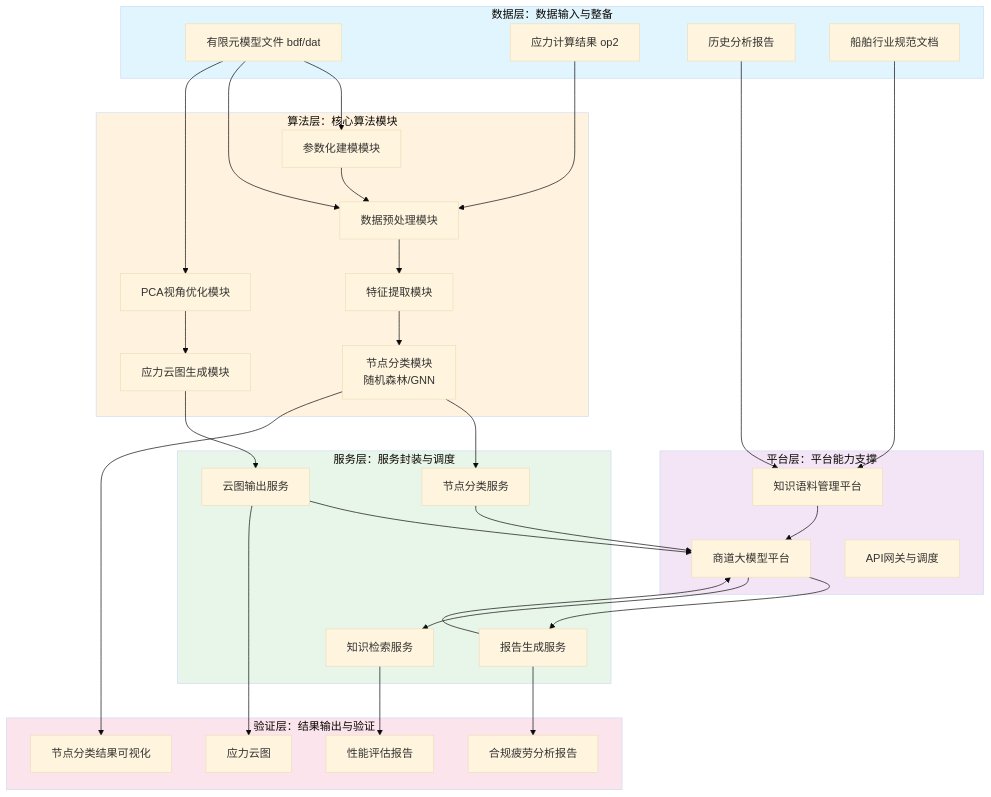
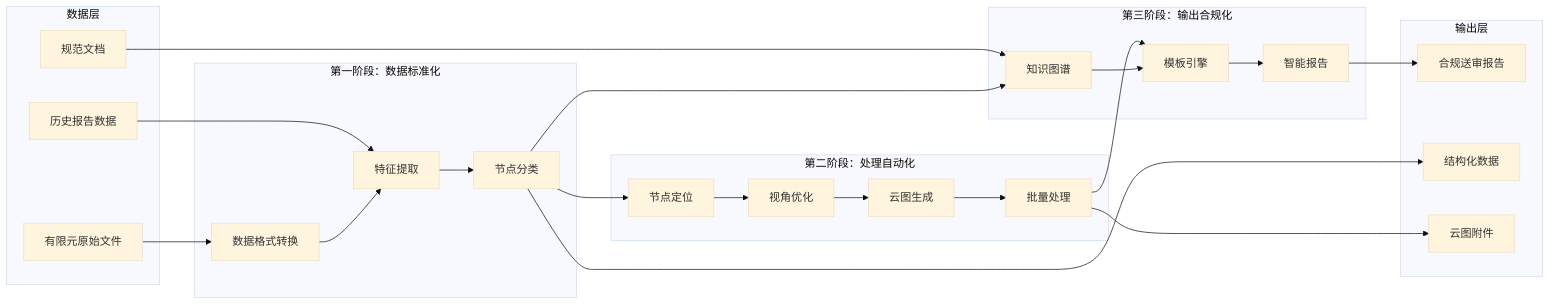
Before and after one commit to ffgzz/official-doc-skills: the diagram in generated-drafts/zs-test/ch04-项目建设方案/05-技术路线.md, drawn with Mermaid (base theme). The commit also changed other lines of this file and 53 other files, not shown here.

````diff
--- a/generated-drafts/zs-test/ch04-项目建设方案/05-技术路线.md
+++ b/generated-drafts/zs-test/ch04-项目建设方案/05-技术路线.md
@@ -11,67 +19,50 @@
 ```mermaid
-graph TB
-    subgraph 数据输入["数据层：数据输入与整备"]
-        D1[有限元模型文件 bdf/dat]
-        D2[应力计算结果 op2]
-        D3[历史分析报告]
-        D4[船舶行业规范文档]
+flowchart LR
+    subgraph 数据层["数据层"]
+        D1[有限元原始文件]
+        D2[历史报告数据]
+        D3[规范文档]
     end
     
-    subgraph 算法核心["算法层：核心算法模块"]
-        A1[参数化建模模块]
-        A2[数据预处理模块]
-        A3[特征提取模块]
-        A4[节点分类模块<br/>随机森林/GNN]
-        A5[PCA视角优化模块]
-        A6[应力云图生成模块]
+    subgraph 标准化["第一阶段：数据标准化"]
+        P1[数据格式转换]
+        P2[特征提取]
+        P3[节点分类]
     end
     
-    subgraph 服务封装["服务层：服务封装与调度"]
-        S1[节点分类服务]
-        S2[云图输出服务]
-        S3[报告生成服务]
-        S4[知识检索服务]
+    subgraph 自动化["第二阶段：处理自动化"]
+        P4[节点定位]
+        P5[视角优化]
+        P6[云图生成]
+        P7[批量处理]
     end
     
-    subgraph 平台支撑["平台层：平台能力支撑"]
-        P1[商道大模型平台]
-        P2[知识语料管理平台]
-        P3[API网关与调度]
+    subgraph 合规化["第三阶段：输出合规化"]
+        P8[知识图谱]
+        P9[模板引擎]
+        P10[智能报告]
     end
     
-    subgraph 输出验证["验证层：结果输出与验证"]
-        O1[合规疲劳分析报告]
-        O2[节点分类结果可视化]
-        O3[应力云图]
-        O4[性能评估报告]
+    subgraph 输出["输出层"]
+        O1[合规送审报告]
+        O2[结构化数据]
+        O3[云图附件]
     end
     
-    D1 --> A1
-    D1 --> A2
-    D2 --> A2
-    D3 --> P2
-    D4 --> P2
-    A1 --> A2
-    A2 --> A3
-    A3 --> A4
-    A4 --> S1
-    D1 --> A5
-    A5 --> A6
-    A6 --> S2
-    P2 --> P1
-    S1 --> P1
-    S2 --> P1
-    S3 --> P1
-    P1 --> S3
-    P1 --> S4
-    S3 --> O1
-    S2 --> O3
-    A4 --> O2
-    S4 --> O4
-    
-    style 数据输入 fill:#e1f5fe
-    style 算法核心 fill:#fff3e0
-    style 服务封装 fill:#e8f5e9
-    style 平台支撑 fill:#f3e5f5
-    style 输出验证 fill:#fce4ec
+    D1 --> P1
+    D2 --> P2
+    D3 --> P8
+    P1 --> P2
+    P2 --> P3
+    P3 --> P4
+    P3 --> P8
+    P4 --> P5
+    P5 --> P6
+    P6 --> P7
+    P7 --> P9
+    P8 --> P9
+    P9 --> P10
+    P3 --> O2
+    P7 --> O3
+    P10 --> O1
 ```
````
